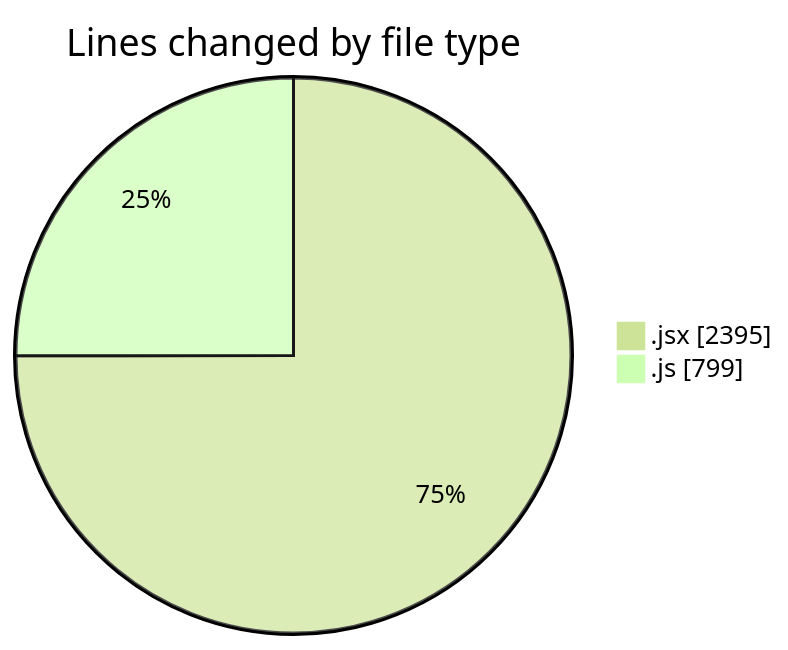
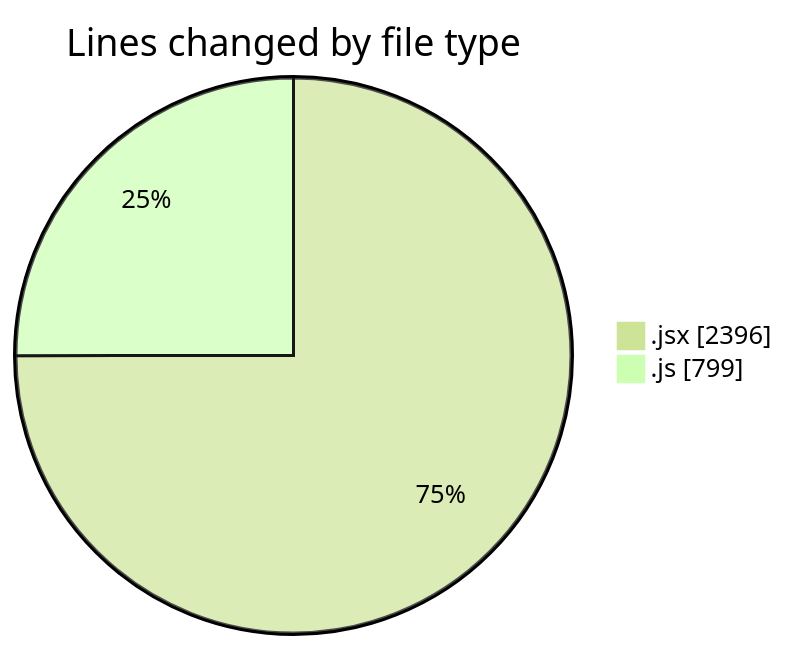
One commit to nxtqubesakshisongat/code-tracking changed the first of 2 diagrams in 2025-07-14/argos/README.md. Above: the diagram before and after it, drawn with Mermaid (forest theme). The commit also changed other lines of this file and 1 other file, not shown here.

````diff
--- a/2025-07-14/argos/README.md
+++ b/2025-07-14/argos/README.md
@@ -24,6 +24,6 @@
 ```mermaid
 pie showData
 title Lines changed by file type
-".jsx" : 2395
+".jsx" : 2396
 ".js" : 799
 ```
````
